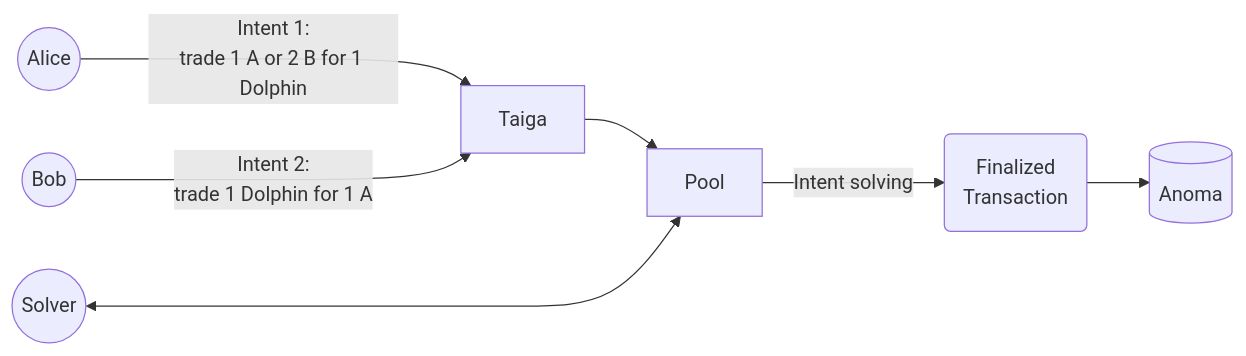
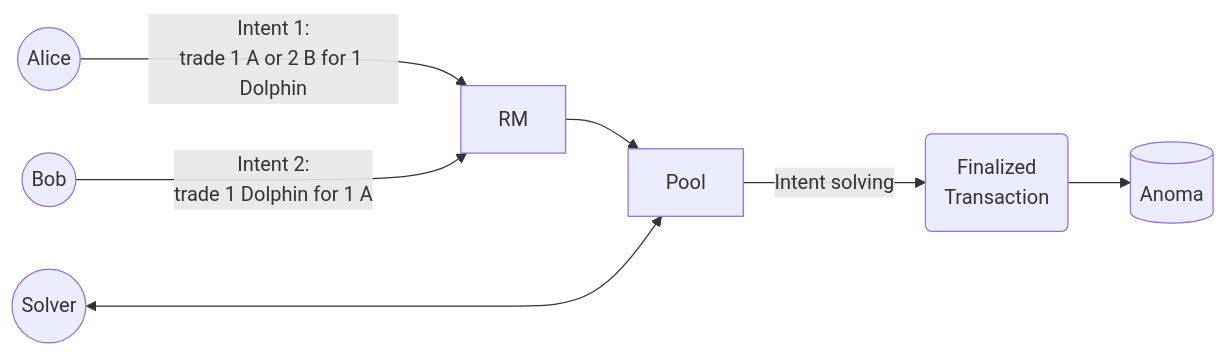
The first of 3 diagrams in docs/index.juvix.md (anoma/juvix-docs), drawn with Mermaid before and after one commit. The commit also changed other lines of this file and 8 other files, not shown here.

````diff
--- a/docs/index.juvix.md
+++ b/docs/index.juvix.md
@@ -94,9 +93,9 @@
     ```mermaid
     flowchart LR
-        A((Alice)) -- "Intent 1:\ntrade 1 A or 2 B for 1 Dolphin" ---> B[Taiga]
+        A((Alice)) -- "Intent 1:\ntrade 1 A or 2 B for 1 Dolphin" ---> B[RM]
         X((Bob)) -- "Intent 2:\ntrade 1 Dolphin for 1 A" ---> B
         B --> P[Pool]
         S((Solver)) <----> P
         P -- "Intent solving" --> Z("Finalized\nTransaction")
         Z --> O[(Anoma)]
     ```
````
